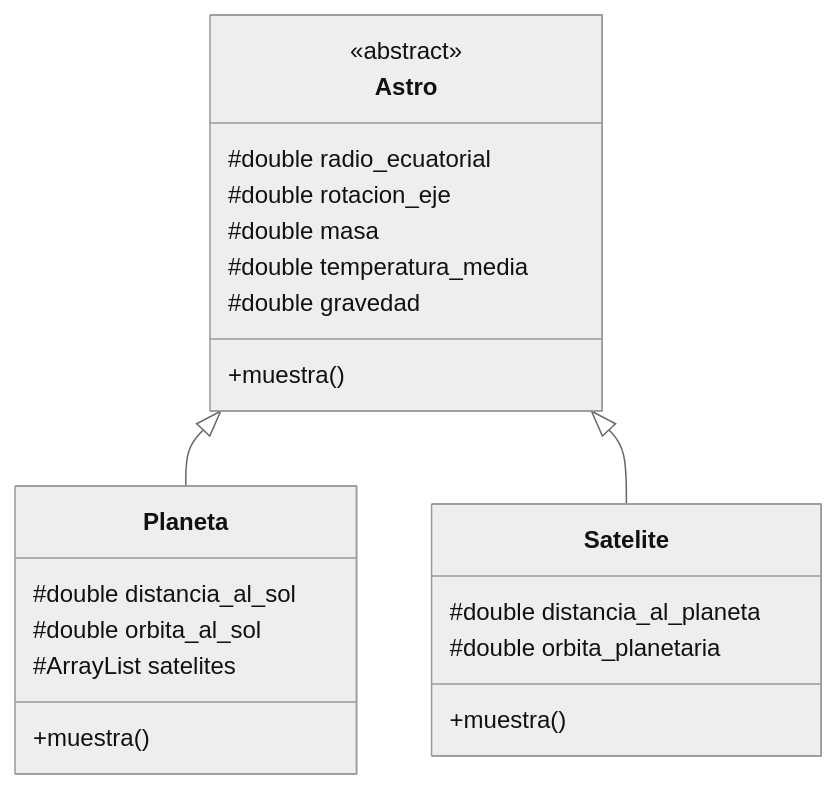
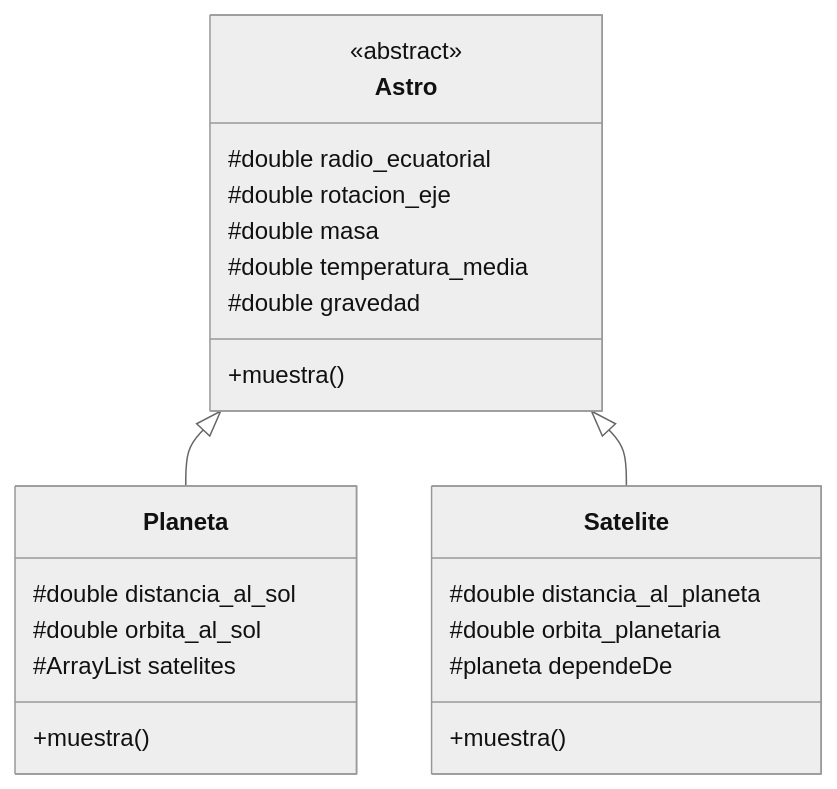
One commit to martinezpenya/PRG-CFGS-2324 changed the first of 3 diagrams in UD08/UD08_ejercicios_ES.md. Above: the diagram before and after it, drawn with Mermaid (neutral theme). The commit also changed other lines of this file and 3 other files, not shown here.

````diff
--- a/UD08/UD08_ejercicios_ES.md
+++ b/UD08/UD08_ejercicios_ES.md
@@ -368,24 +368,25 @@
 ```mermaid
  classDiagram
    Astro <|-- Planeta
    Astro <|-- Satelite
    
    Astro : #double radio_ecuatorial
    Astro : #double rotacion_eje
    Astro : #double masa
    Astro: #double temperatura_media
    Astro: #double gravedad
    Astro: +muestra()
    <<abstract>> Astro
    class Planeta{
      #double distancia_al_sol
      #double orbita_al_sol
      #ArrayList<Satelite> satelites
      +muestra()
    }
    class Satelite{
     #double distancia_al_planeta
     #double orbita_planetaria
+    #planeta dependeDe
     +muestra()
    }
 ```
````
